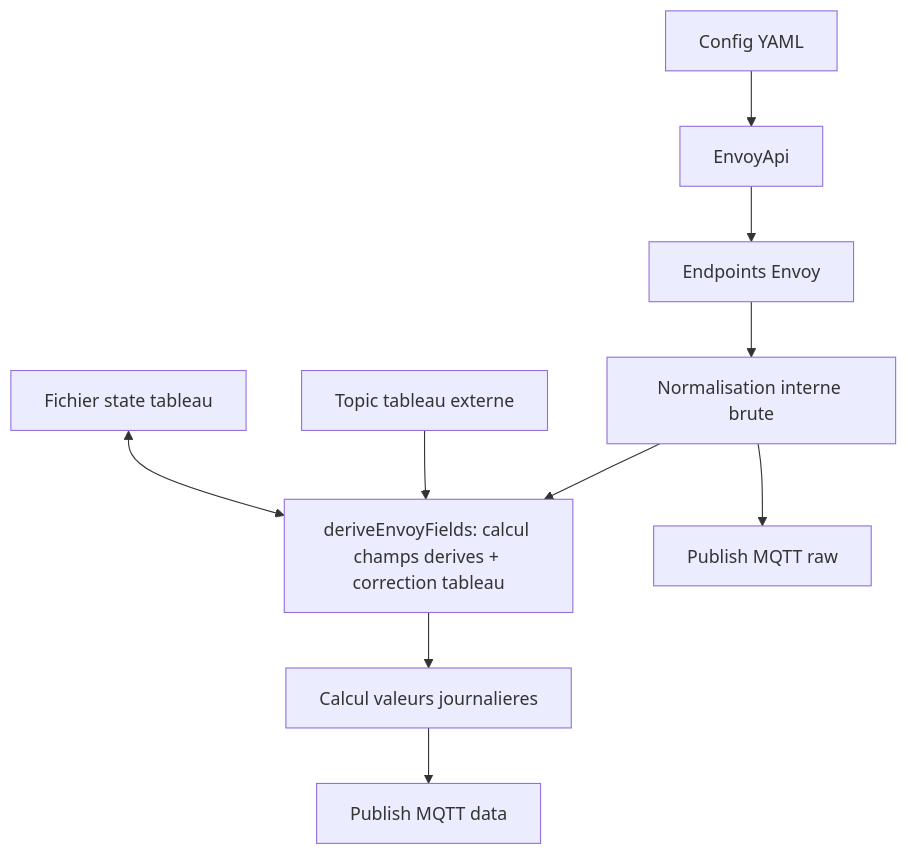
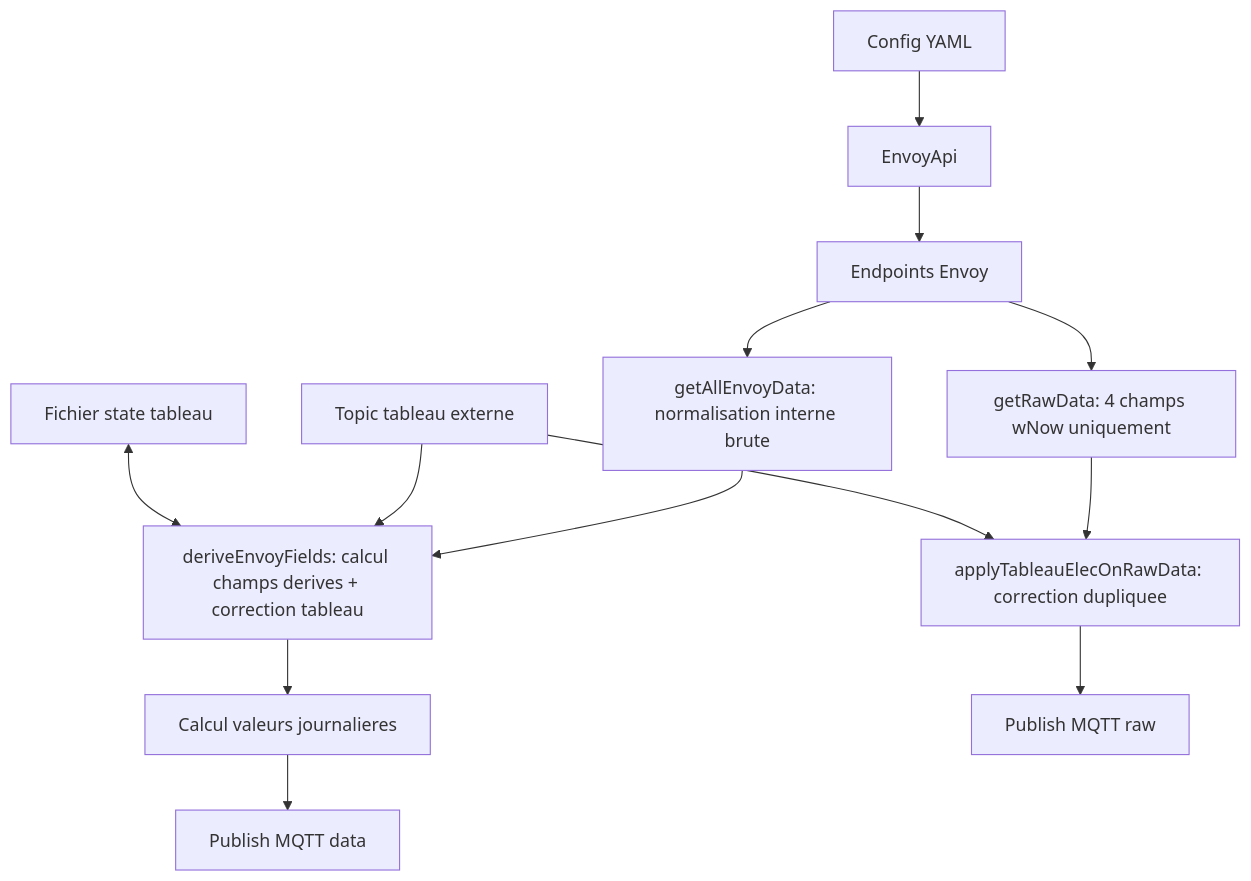
Before and after one commit to Mamath2000/envoyJS: the diagram in docs/envoy-data-pipeline.md, drawn with Mermaid. The commit also changed other lines of this file, not shown here.

Commit message:
feat: mise à jour du diagramme de flux et ajout d'un glossaire des champs bruts dans la documentation du pipeline de données Envoy

````diff
--- a/docs/envoy-data-pipeline.md
+++ b/docs/envoy-data-pipeline.md
@@ -24,12 +24,15 @@
 ```mermaid
 flowchart TD
 	A[Config YAML] --> B[EnvoyApi]
 	B --> C[Endpoints Envoy]
-	C --> D[Normalisation interne brute]
+	C --> D[getAllEnvoyData: normalisation interne brute]
 	D --> E[deriveEnvoyFields: calcul champs derives + correction tableau]
 	E --> F[Calcul valeurs journalieres]
 	F --> G[Publish MQTT data]
-	D --> H[Publish MQTT raw]
+	C --> D2[getRawData: 4 champs wNow uniquement]
+	D2 --> H2[applyTableauElecOnRawData: correction dupliquee]
+	H2 --> H[Publish MQTT raw]
 	I[Topic tableau externe] --> E
+	I --> H2
 	J[Fichier state tableau] <--> E
 ```
````
